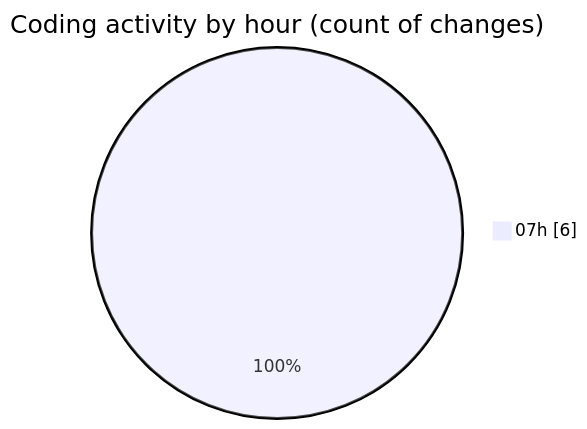
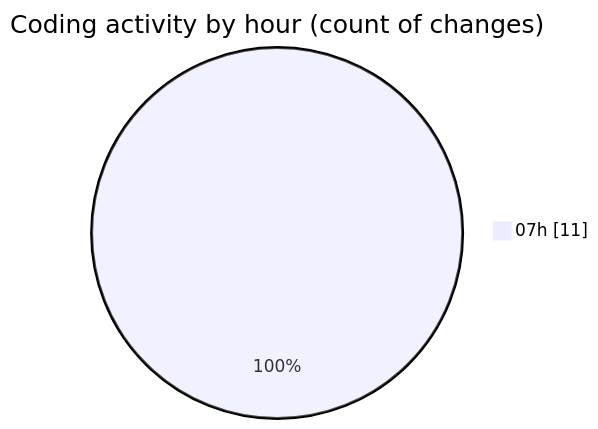
The second of 2 diagrams in 2025-10-04/shop/README.md (vahidmafi/code-tracking), drawn with Mermaid before and after one commit. The commit also changed other lines of this file and 1 other file, not shown here.

````diff
--- a/2025-10-04/shop/README.md
+++ b/2025-10-04/shop/README.md
@@ -28,5 +30,5 @@
 ```mermaid
 pie showData
 title Coding activity by hour (count of changes)
-"07h" : 6
+"07h" : 11
 ```
````
